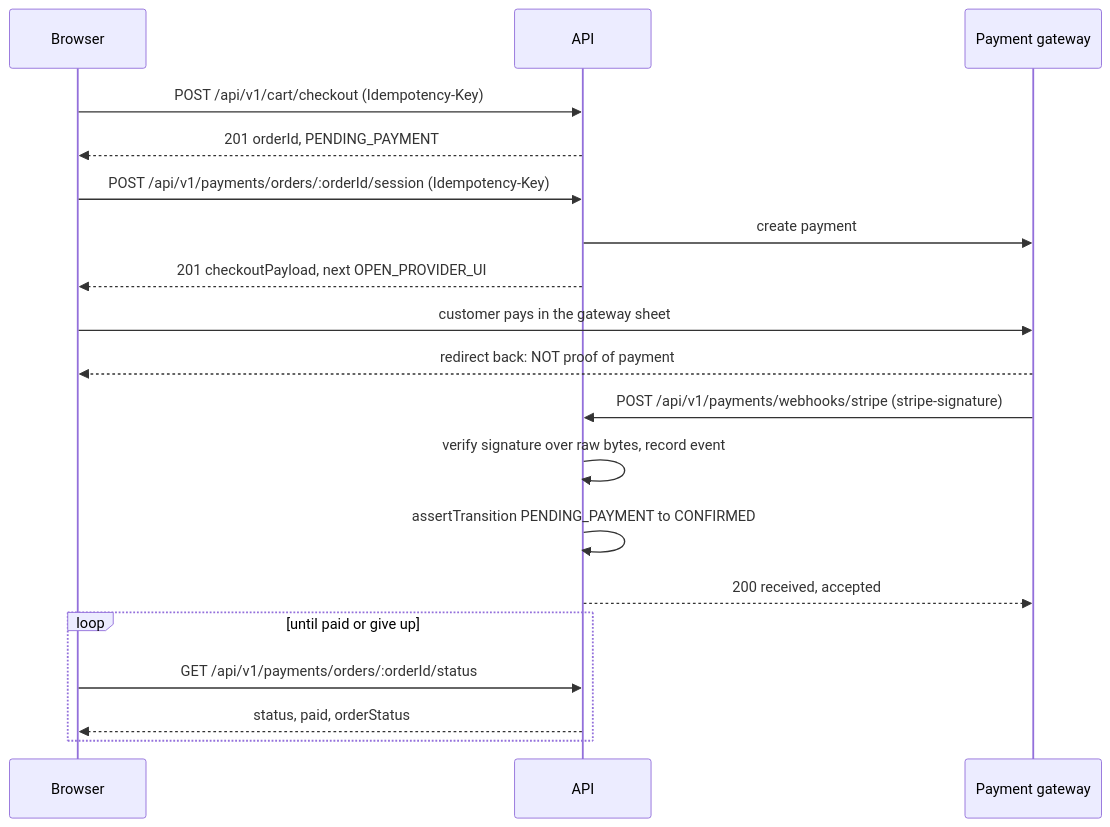
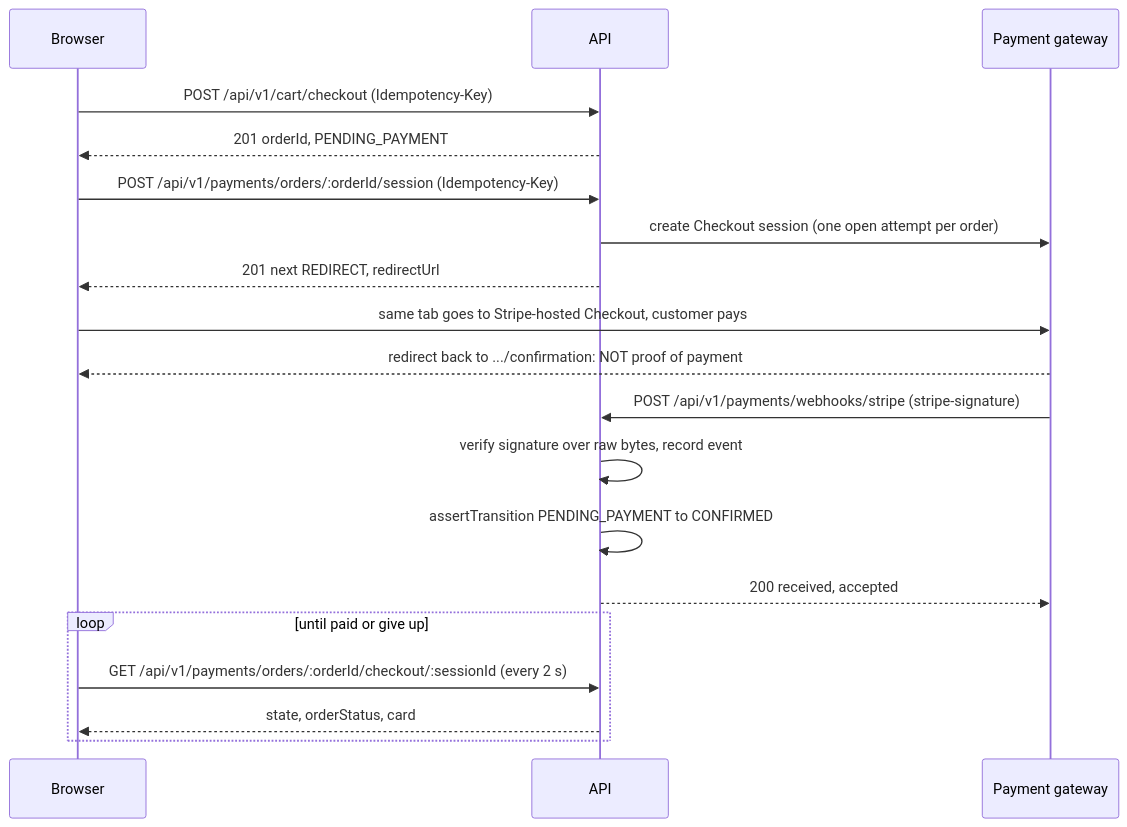
Before and after one commit to UBoss-AI/UBoss-Sourcing: the fifth of 5 diagrams in docs/API.md, drawn with Mermaid. The commit also changed other lines of this file and 236 other files, not shown here.

````diff
--- a/docs/API.md
+++ b/docs/API.md
@@ -1658,21 +1808,21 @@
 ```mermaid
 sequenceDiagram
   participant B as Browser
   participant A as API
   participant G as Payment gateway
   B->>A: POST /api/v1/cart/checkout (Idempotency-Key)
   A-->>B: 201 orderId, PENDING_PAYMENT
   B->>A: POST /api/v1/payments/orders/:orderId/session (Idempotency-Key)
-  A->>G: create payment
-  A-->>B: 201 checkoutPayload, next OPEN_PROVIDER_UI
-  B->>G: customer pays in the gateway sheet
-  G-->>B: redirect back: NOT proof of payment
+  A->>G: create Checkout session (one open attempt per order)
+  A-->>B: 201 next REDIRECT, redirectUrl
+  B->>G: same tab goes to Stripe-hosted Checkout, customer pays
+  G-->>B: redirect back to .../confirmation: NOT proof of payment
   G->>A: POST /api/v1/payments/webhooks/stripe (stripe-signature)
   A->>A: verify signature over raw bytes, record event
   A->>A: assertTransition PENDING_PAYMENT to CONFIRMED
   A-->>G: 200 received, accepted
   loop until paid or give up
-    B->>A: GET /api/v1/payments/orders/:orderId/status
-    A-->>B: status, paid, orderStatus
+    B->>A: GET /api/v1/payments/orders/:orderId/checkout/:sessionId (every 2 s)
+    A-->>B: state, orderStatus, card
   end
 ```
````
